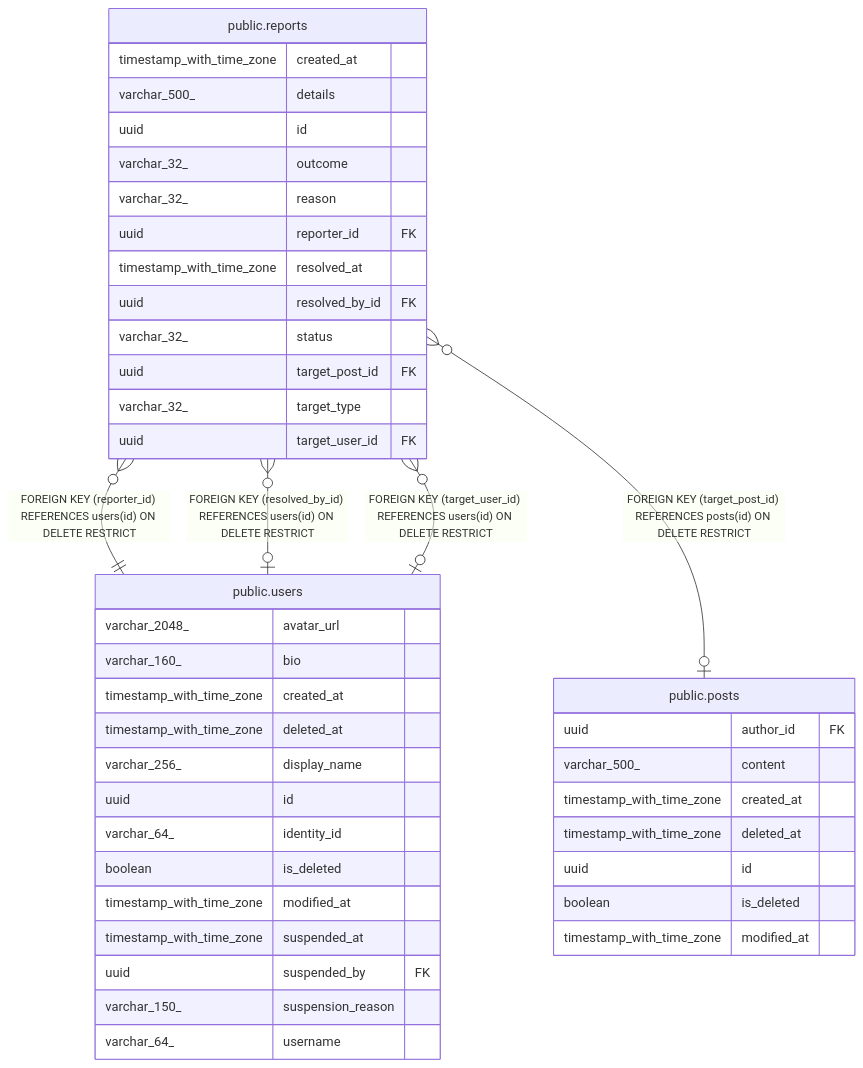
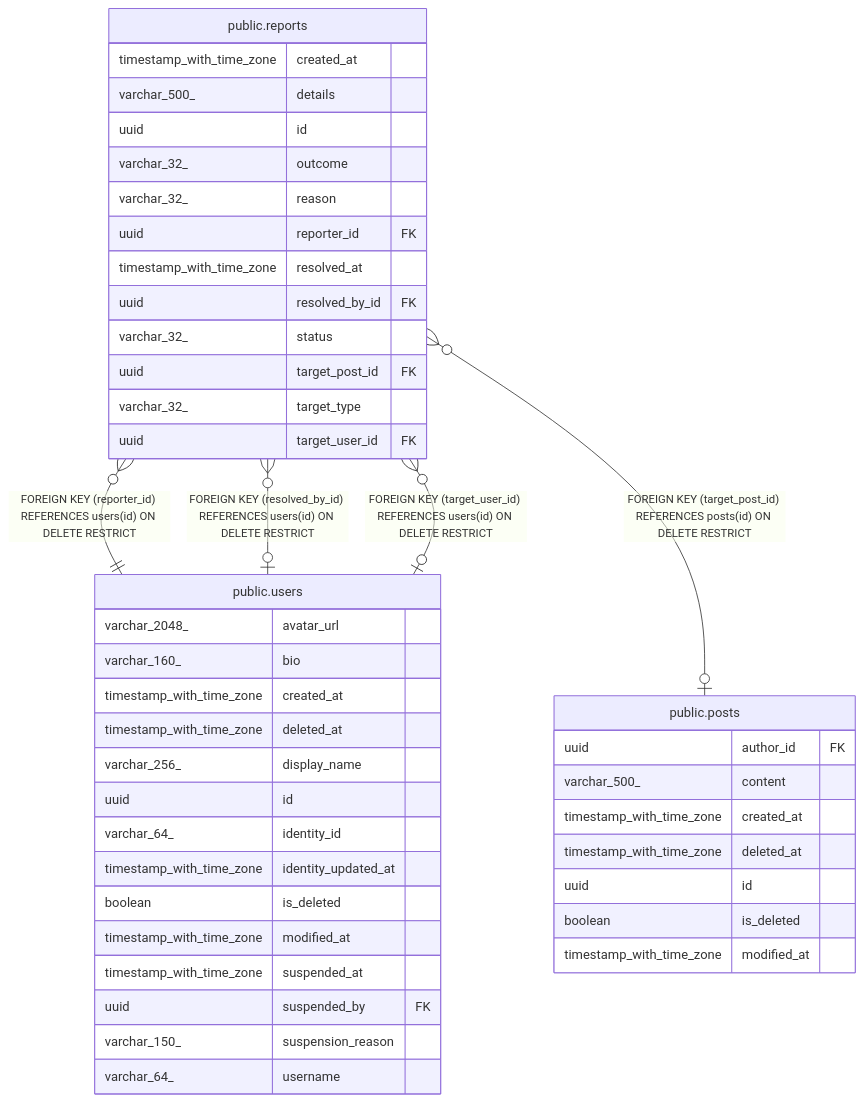
The diagram in docs/database/public.reports.md (trduc2712/choco-api), drawn with Mermaid before and after one commit. The commit also changed 8 other files, not shown here.

Commit message:
docs: add identity_updated_at to the users diagram of every table doc

````diff
--- a/docs/database/public.reports.md
+++ b/docs/database/public.reports.md
@@ -55,47 +55,48 @@
 ```mermaid
 erDiagram
 
 "public.reports" }o--|| "public.users" : "FOREIGN KEY (reporter_id) REFERENCES users(id) ON DELETE RESTRICT"
 "public.reports" }o--o| "public.users" : "FOREIGN KEY (resolved_by_id) REFERENCES users(id) ON DELETE RESTRICT"
 "public.reports" }o--o| "public.posts" : "FOREIGN KEY (target_post_id) REFERENCES posts(id) ON DELETE RESTRICT"
 "public.reports" }o--o| "public.users" : "FOREIGN KEY (target_user_id) REFERENCES users(id) ON DELETE RESTRICT"
 
 "public.reports" {
   timestamp_with_time_zone created_at
   varchar_500_ details
   uuid id
   varchar_32_ outcome
   varchar_32_ reason
   uuid reporter_id FK
   timestamp_with_time_zone resolved_at
   uuid resolved_by_id FK
   varchar_32_ status
   uuid target_post_id FK
   varchar_32_ target_type
   uuid target_user_id FK
 }
 "public.users" {
   varchar_2048_ avatar_url
   varchar_160_ bio
   timestamp_with_time_zone created_at
   timestamp_with_time_zone deleted_at
   varchar_256_ display_name
   uuid id
   varchar_64_ identity_id
+  timestamp_with_time_zone identity_updated_at
   boolean is_deleted
   timestamp_with_time_zone modified_at
   timestamp_with_time_zone suspended_at
   uuid suspended_by FK
   varchar_150_ suspension_reason
   varchar_64_ username
 }
 "public.posts" {
   uuid author_id FK
   varchar_500_ content
   timestamp_with_time_zone created_at
   timestamp_with_time_zone deleted_at
   uuid id
   boolean is_deleted
   timestamp_with_time_zone modified_at
 }
 ```
````
